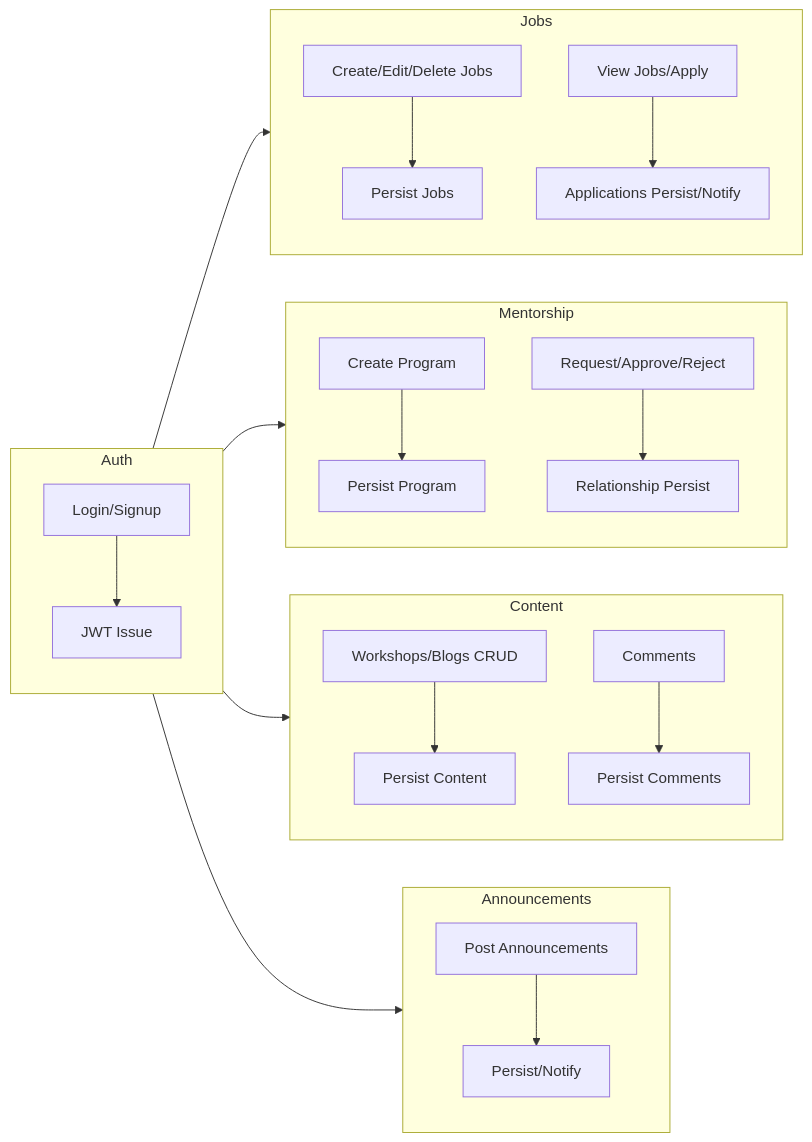
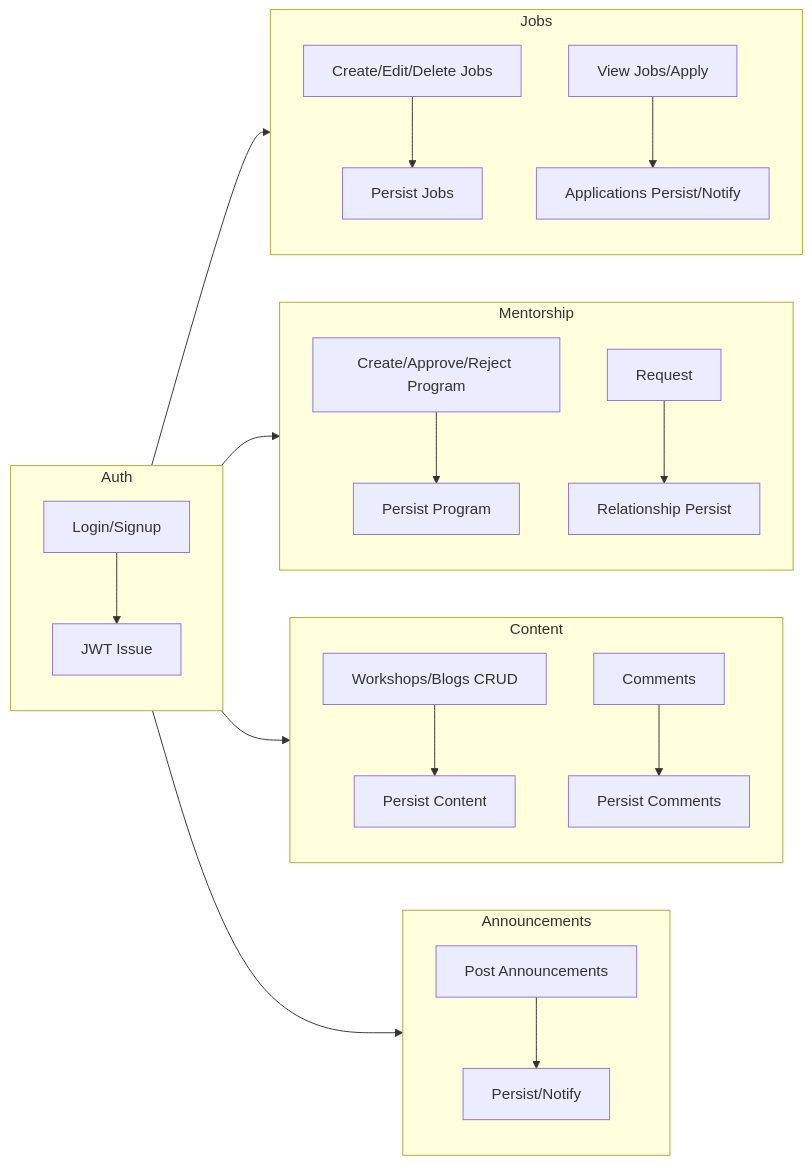
Before and after one commit to saurabhraj25aug2004/__Alumni_association_website: the fourth of 12 diagrams in docs/SDD_Alumni_Association_Platform.md, drawn with Mermaid.

````diff
--- a/docs/SDD_Alumni_Association_Platform.md
+++ b/docs/SDD_Alumni_Association_Platform.md
@@ -128,25 +128,25 @@
 ```mermaid
 flowchart LR
   subgraph Auth
     A1[Login/Signup] --> A2[JWT Issue]
   end
   subgraph Jobs
     J1[Create/Edit/Delete Jobs] --> J2[Persist Jobs]
     J3[View Jobs/Apply] --> J4[Applications Persist/Notify]
   end
   subgraph Mentorship
-    M1[Create Program] --> M2[Persist Program]
-    M3[Request/Approve/Reject] --> M4[Relationship Persist]
+    M1[Create/Approve/Reject Program] --> M2[Persist Program]
+    M3[Request] --> M4[Relationship Persist]
   end
   subgraph Content
     W1[Workshops/Blogs CRUD] --> W2[Persist Content]
     W3[Comments] --> W4[Persist Comments]
   end
   subgraph Announcements
     N1[Post Announcements] --> N2[Persist/Notify]
   end
   Auth --> Jobs
   Auth --> Mentorship
   Auth --> Content
   Auth --> Announcements
 ```
````
